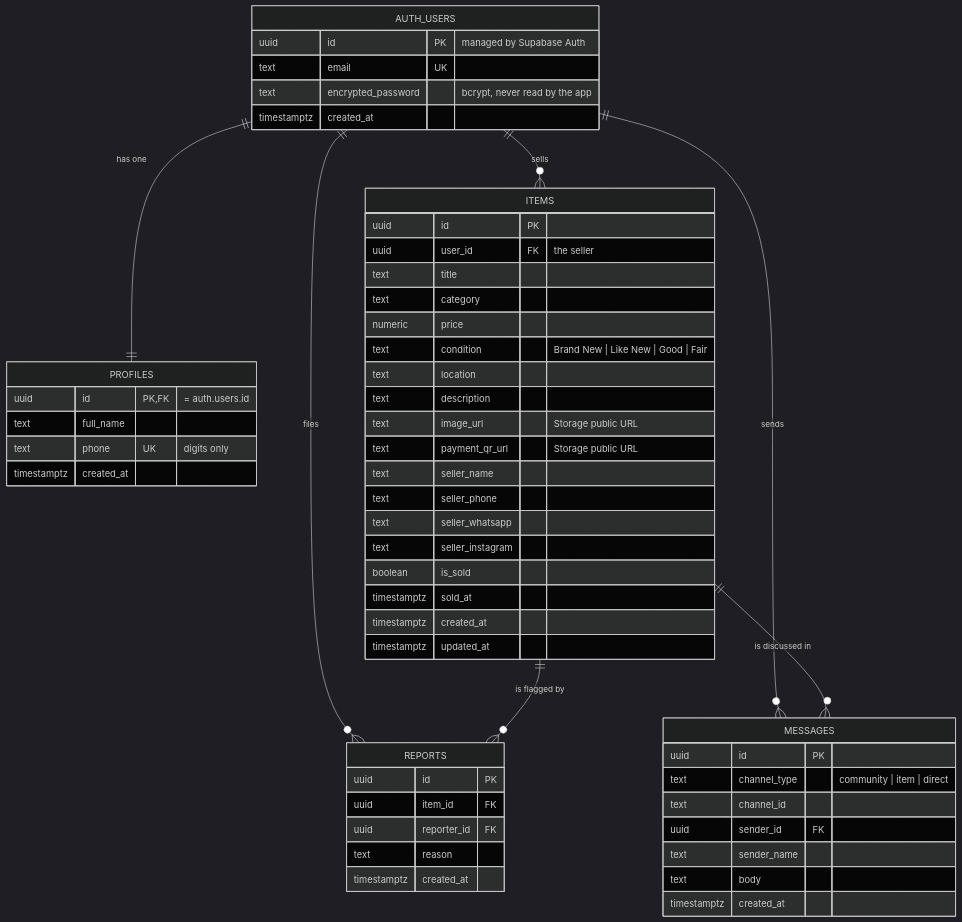
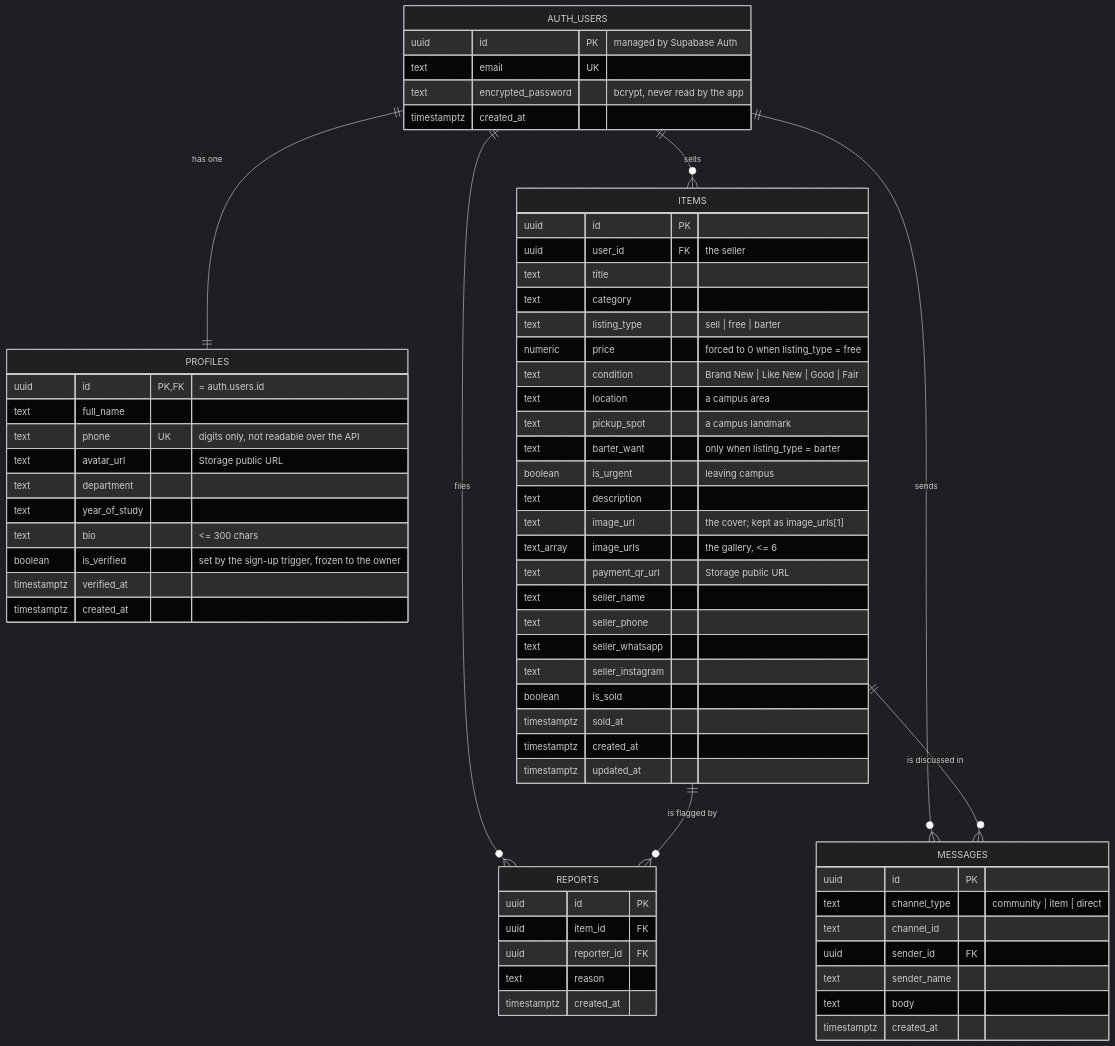
The diagram in docs/DATA-MODEL.md (hlua4312-hub/PR-Marketplace), drawn with Mermaid (dark theme) before and after one commit. The commit also changed other lines of this file and 14 other files, not shown here.

````diff
--- a/docs/DATA-MODEL.md
+++ b/docs/DATA-MODEL.md
@@ -9,62 +14,73 @@
 ```mermaid
 erDiagram
     AUTH_USERS ||--|| PROFILES : "has one"
     AUTH_USERS ||--o{ ITEMS : "sells"
     AUTH_USERS ||--o{ MESSAGES : "sends"
     AUTH_USERS ||--o{ REPORTS : "files"
     ITEMS      ||--o{ REPORTS : "is flagged by"
     ITEMS      ||--o{ MESSAGES : "is discussed in"
 
     AUTH_USERS {
         uuid id PK "managed by Supabase Auth"
         text email UK
         text encrypted_password "bcrypt, never read by the app"
         timestamptz created_at
     }
 
     PROFILES {
         uuid id PK,FK "= auth.users.id"
         text full_name
-        text phone UK "digits only"
+        text phone UK "digits only, not readable over the API"
+        text avatar_url "Storage public URL"
+        text department
+        text year_of_study
+        text bio "<= 300 chars"
+        boolean is_verified "set by the sign-up trigger, frozen to the owner"
+        timestamptz verified_at
         timestamptz created_at
     }
 
     ITEMS {
         uuid id PK
         uuid user_id FK "the seller"
         text title
         text category
-        numeric price
+        text listing_type "sell | free | barter"
+        numeric price "forced to 0 when listing_type = free"
         text condition "Brand New | Like New | Good | Fair"
-        text location
+        text location "a campus area"
+        text pickup_spot "a campus landmark"
+        text barter_want "only when listing_type = barter"
+        boolean is_urgent "leaving campus"
         text description
-        text image_url "Storage public URL"
+        text image_url "the cover; kept as image_urls[1]"
+        text_array image_urls "the gallery, <= 6"
         text payment_qr_url "Storage public URL"
         text seller_name
         text seller_phone
         text seller_whatsapp
         text seller_instagram
         boolean is_sold
         timestamptz sold_at
         timestamptz created_at
         timestamptz updated_at
     }
 
     MESSAGES {
         uuid id PK
         text channel_type "community | item | direct"
         text channel_id
         uuid sender_id FK
         text sender_name
         text body
         timestamptz created_at
     }
 
     REPORTS {
         uuid id PK
         uuid item_id FK
         uuid reporter_id FK
         text reason
         timestamptz created_at
     }
 ```
````
